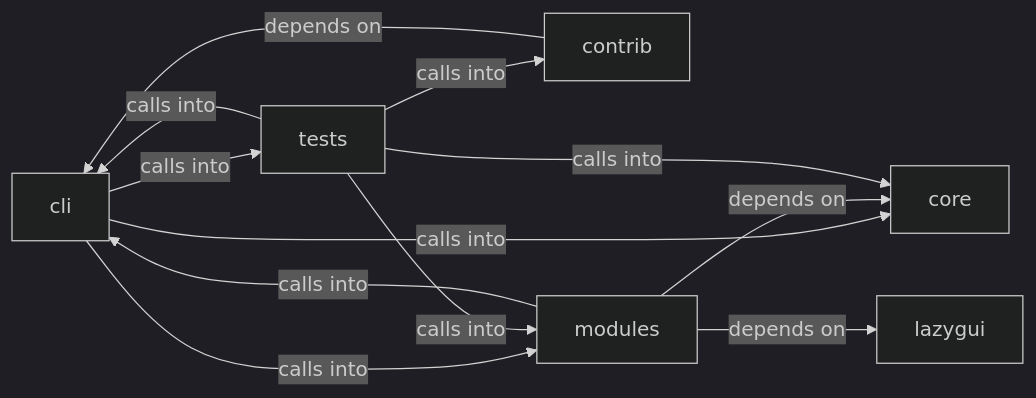
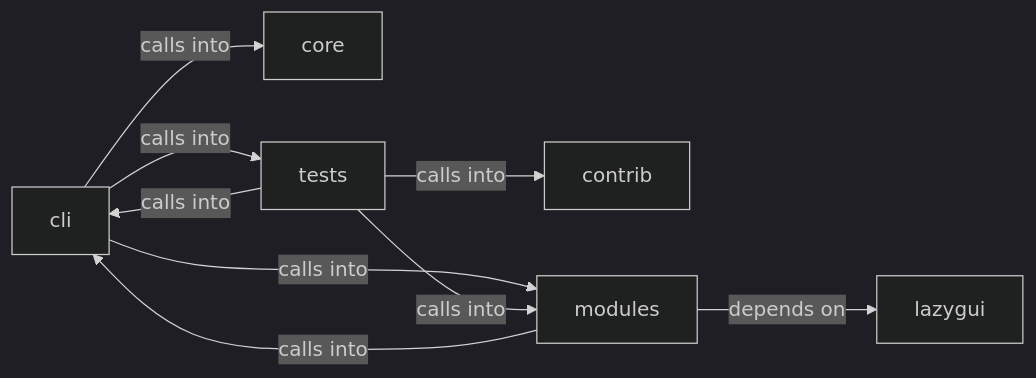
Before and after one commit to grisuno/LazyOwn: the diagram in readmenator-diagrams/modules_world_model.md, drawn with Mermaid (dark theme). The commit also changed other lines of this file and 264 other files, not shown here.

````diff
--- a/readmenator-diagrams/modules_world_model.md
+++ b/readmenator-diagrams/modules_world_model.md
@@ -5,20 +5,17 @@
 ```mermaid
 graph LR
     cli["cli"]
     contrib["contrib"]
     core["core"]
     lazygui["lazygui"]
     modules["modules"]
     tests["tests"]
     cli -- "calls into" --> core
     cli -- "calls into" --> modules
     cli -- "calls into" --> tests
-    contrib -- "depends on" --> cli
     modules -- "calls into" --> cli
-    modules -- "depends on" --> core
     modules -- "depends on" --> lazygui
     tests -- "calls into" --> cli
     tests -- "calls into" --> contrib
-    tests -- "calls into" --> core
     tests -- "calls into" --> modules
 ```
````
